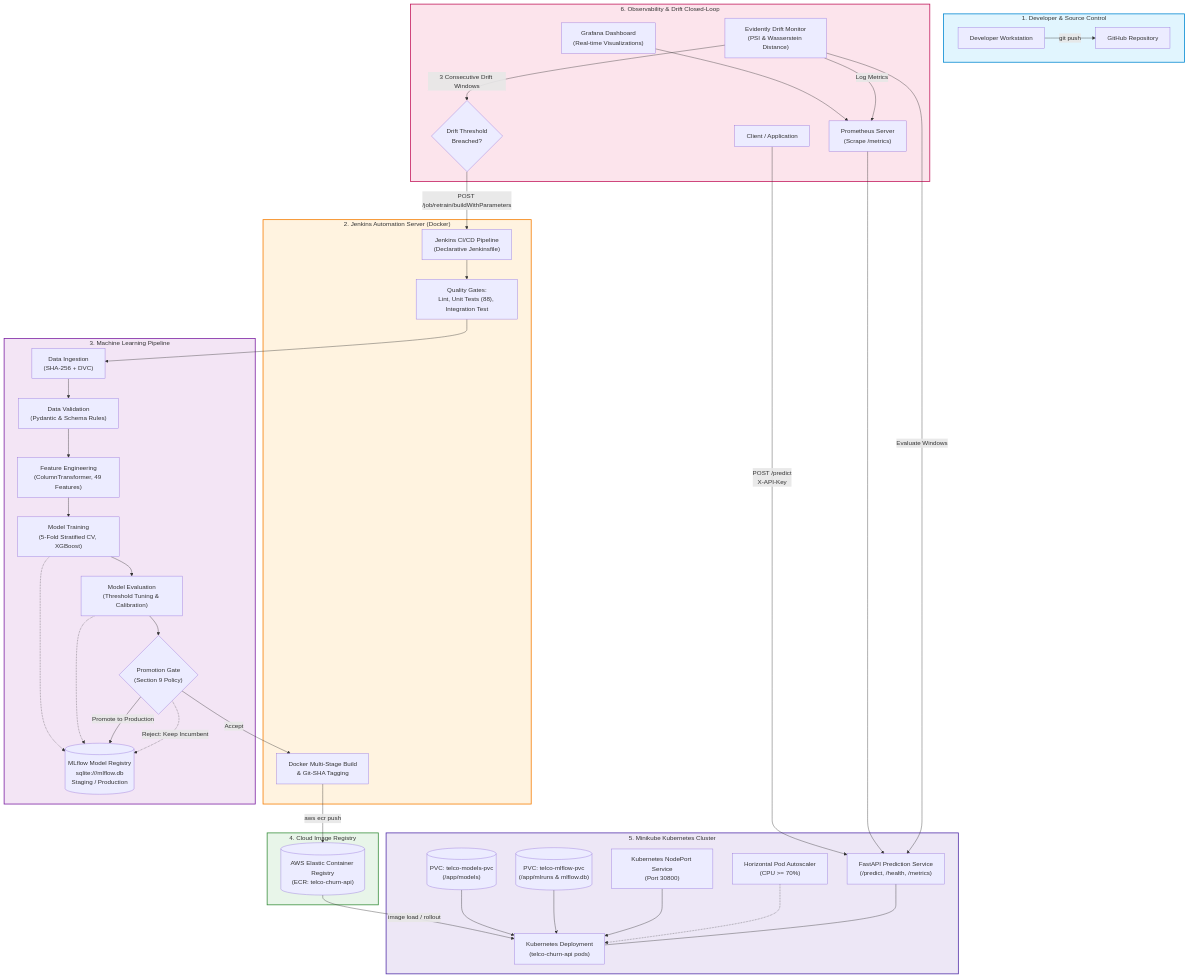
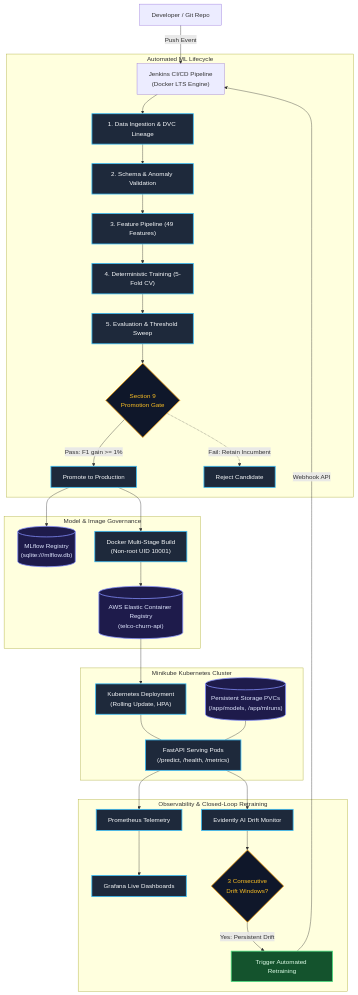
The first of 2 diagrams in README.md (aakash1552005/telco-churn-mlops), drawn with Mermaid before and after one commit. The commit also changed other lines of this file, not shown here.

Commit message:
docs: optimize Mermaid diagrams for crisp GitHub dark and light mode rendering

````diff
--- a/README.md
+++ b/README.md
@@ -137,67 +137,52 @@
 ```mermaid
 flowchart TD
-    classDef dev fill:#e1f5fe,stroke:#0288d1,stroke-width:2px;
-    classDef cicd fill:#fff3e0,stroke:#f57c00,stroke-width:2px;
-    classDef ml fill:#f3e5f5,stroke:#7b1fa2,stroke-width:2px;
-    classDef cloud fill:#e8f5e9,stroke:#388e3c,stroke-width:2px;
-    classDef k8s fill:#ede7f6,stroke:#512da8,stroke-width:2px;
-    classDef obs fill:#fce4ec,stroke:#c2185b,stroke-width:2px;
+    %% Global styling with high-contrast borders
+    classDef main fill:#1e293b,stroke:#38bdf8,stroke-width:2px,color:#f8fafc;
+    classDef gate fill:#0f172a,stroke:#f59e0b,stroke-width:2px,color:#fbbf24;
+    classDef store fill:#1e1b4b,stroke:#818cf8,stroke-width:2px,color:#e0e7ff;
+    classDef ext fill:#14532d,stroke:#4ade80,stroke-width:2px,color:#dcfce7;
 
-    subgraph DevSpace ["1. Developer & Source Control"]
-        DEV["Developer Workstation"] -->|git push| GITHUB["GitHub Repository"]
+    DEV["Developer / Git Repo"] -->|Push Event| JENKINS["Jenkins CI/CD Pipeline\n(Docker LTS Engine)"]
+
+    subgraph ML_Lifecycle ["Automated ML Lifecycle"]
+        JENKINS --> INGEST["1. Data Ingestion & DVC Lineage"]
+        INGEST --> VALID["2. Schema & Anomaly Validation"]
+        VALID --> FEAT["3. Feature Pipeline (49 Features)"]
+        FEAT --> TRAIN["4. Deterministic Training (5-Fold CV)"]
+        TRAIN --> EVAL["5. Evaluation & Threshold Sweep"]
+        EVAL --> GATE{"Section 9\nPromotion Gate"}
+        GATE -->|Pass: F1 gain >= 1%| PROMOTE["Promote to Production"]
+        GATE -.->|Fail: Retain Incumbent| REJECT["Reject Candidate"]
     end
-    class DevSpace dev;
+    class INGEST,VALID,FEAT,TRAIN,EVAL,PROMOTE main;
+    class GATE gate;
+    class REJECT main;
 
-    subgraph CI_Engine ["2. Jenkins Automation Server (Docker)"]
-        JENKINS["Jenkins CI/CD Pipeline\n(Declarative Jenkinsfile)"]
-        LINT_TEST["Quality Gates:\nLint, Unit Tests (88), Integration Test"]
-        BUILD_IMG["Docker Multi-Stage Build\n& Git-SHA Tagging"]
-        JENKINS --> LINT_TEST
+    subgraph Governance ["Model & Image Governance"]
+        PROMOTE --> MLFLOW[("MLflow Registry\n(sqlite:///mlflow.db)")]
+        PROMOTE --> DOCKER["Docker Multi-Stage Build\n(Non-root UID 10001)"]
+        DOCKER --> ECR[("AWS Elastic Container Registry\n(telco-churn-api)")]
     end
-    class CI_Engine cicd;
+    class MLFLOW,ECR store;
+    class DOCKER main;
 
-    subgraph ML_Lifecycle ["3. Machine Learning Pipeline"]
-        INGEST["Data Ingestion\n(SHA-256 + DVC)"]
-        VALID["Data Validation\n(Pydantic & Schema Rules)"]
-        FEAT["Feature Engineering\n(ColumnTransformer, 49 Features)"]
-        TRAIN["Model Training\n(5-Fold Stratified CV, XGBoost)"]
-        EVAL["Model Evaluation\n(Threshold Tuning & Calibration)"]
-        PROMOTE{"Promotion Gate\n(Section 9 Policy)"}
-        MLFLOW[("MLflow Model Registry\nsqlite:///mlflow.db\nStaging / Production")]
+    subgraph Cluster ["Minikube Kubernetes Cluster"]
+        ECR --> K8S_DEPLOY["Kubernetes Deployment\n(Rolling Update, HPA)"]
+        K8S_DEPLOY --- FASTAPI["FastAPI Serving Pods\n(/predict, /health, /metrics)"]
+        PVC[("Persistent Storage PVCs\n(/app/models, /app/mlruns)")] --- FASTAPI
+    end
+    class K8S_DEPLOY,FASTAPI main;
+    class PVC store;
 
-        LINT_TEST --> INGEST --> VALID --> FEAT --> TRAIN --> EVAL --> PROMOTE
-        TRAIN -.-> MLFLOW
-        EVAL -.-> MLFLOW
-        PROMOTE -->|Promote to Production| MLFLOW
-        PROMOTE -->|Accept| BUILD_IMG
-        PROMOTE -.->|Reject: Keep Incumbent| MLFLOW
+    subgraph Telemetry ["Observability & Closed-Loop Retraining"]
+        FASTAPI --> PROM["Prometheus Telemetry"]
+        PROM --> GRAFANA["Grafana Live Dashboards"]
+        FASTAPI --> DRIFT["Evidently AI Drift Monitor"]
+        DRIFT --> DRIFT_CHECK{"3 Consecutive\nDrift Windows?"}
+        DRIFT_CHECK -->|Yes: Persistent Drift| RETRAIN["Trigger Automated Retraining"]
+        RETRAIN -->|Webhook API| JENKINS
     end
-    class ML_Lifecycle ml;
-
-    subgraph CloudRegistry ["4. Cloud Image Registry"]
-        BUILD_IMG -->|aws ecr push| ECR[("AWS Elastic Container Registry\n(ECR: telco-churn-api)")]
-    end
-    class CloudRegistry cloud;
-
-    subgraph K8sCluster ["5. Minikube Kubernetes Cluster"]
-        ECR -->|image load / rollout| K8S_DEP["Kubernetes Deployment\n(telco-churn-api pods)"]
-        PVC_MODELS[("PVC: telco-models-pvc\n(/app/models)")] --> K8S_DEP
-        PVC_MLFLOW[("PVC: telco-mlflow-pvc\n(/app/mlruns & mlflow.db)")] --> K8S_DEP
-        K8S_SVC["Kubernetes NodePort Service\n(Port 30800)"] --> K8S_DEP
-        HPA["Horizontal Pod Autoscaler\n(CPU >= 70%)"] -.-> K8S_DEP
-        API["FastAPI Prediction Service\n(/predict, /health, /metrics)"] --- K8S_DEP
-    end
-    class K8sCluster k8s;
-
-    subgraph ObservabilityLoop ["6. Observability & Drift Closed-Loop"]
-        CLIENT["Client / Application"] -->|POST /predict\nX-API-Key| API
-        PROM["Prometheus Server\n(Scrape /metrics)"] --> API
-        GRAFANA["Grafana Dashboard\n(Real-time Visualizations)"] --> PROM
-
-        DRIFT["Evidently Drift Monitor\n(PSI & Wasserstein Distance)"] -->|Evaluate Windows| API
-        DRIFT -->|Log Metrics| PROM
-        DRIFT -->|3 Consecutive Drift Windows| RETRIGGER{"Drift Threshold\nBreached?"}
-        RETRIGGER -->|POST /job/retrain/buildWithParameters| JENKINS
-    end
-    class ObservabilityLoop obs;
+    class PROM,GRAFANA,DRIFT main;
+    class DRIFT_CHECK gate;
+    class RETRAIN ext;
 ```
````
